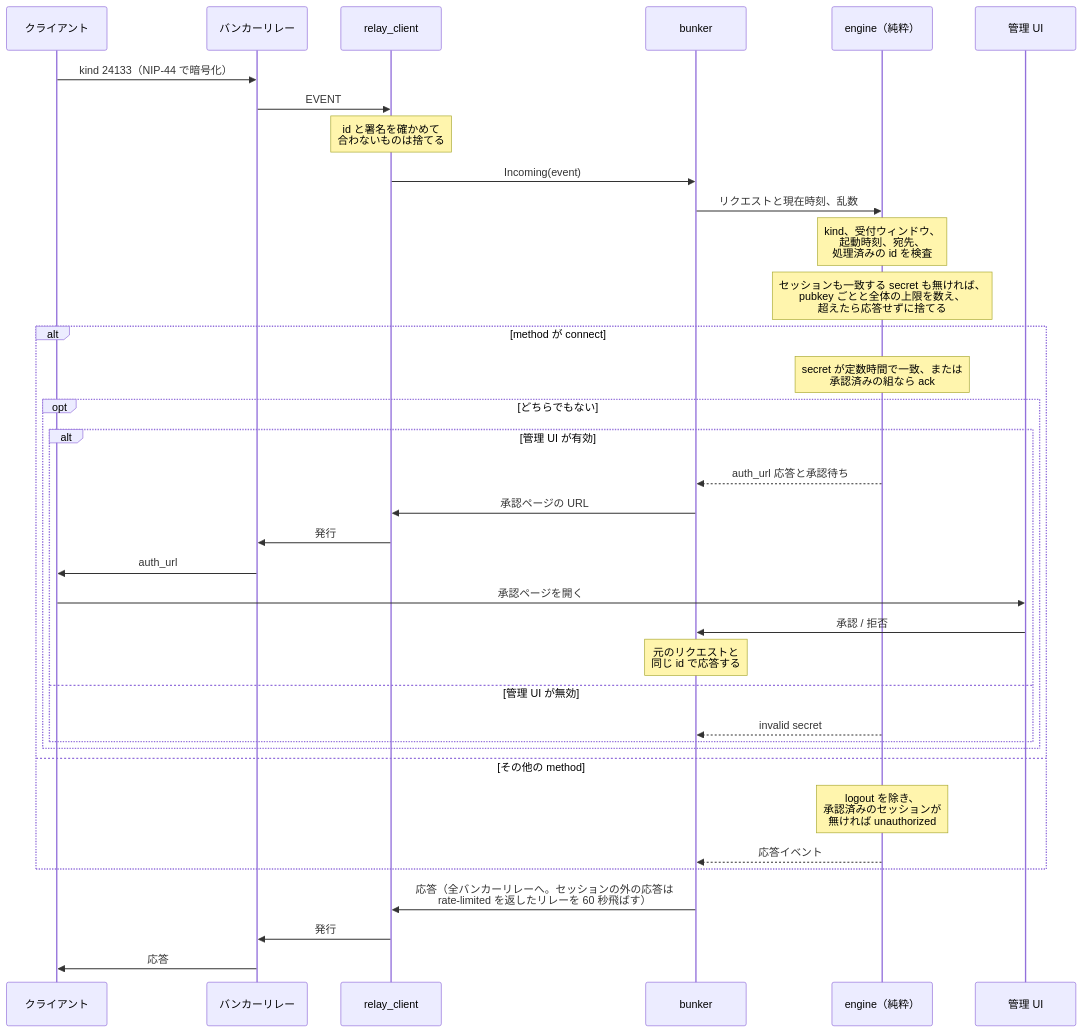
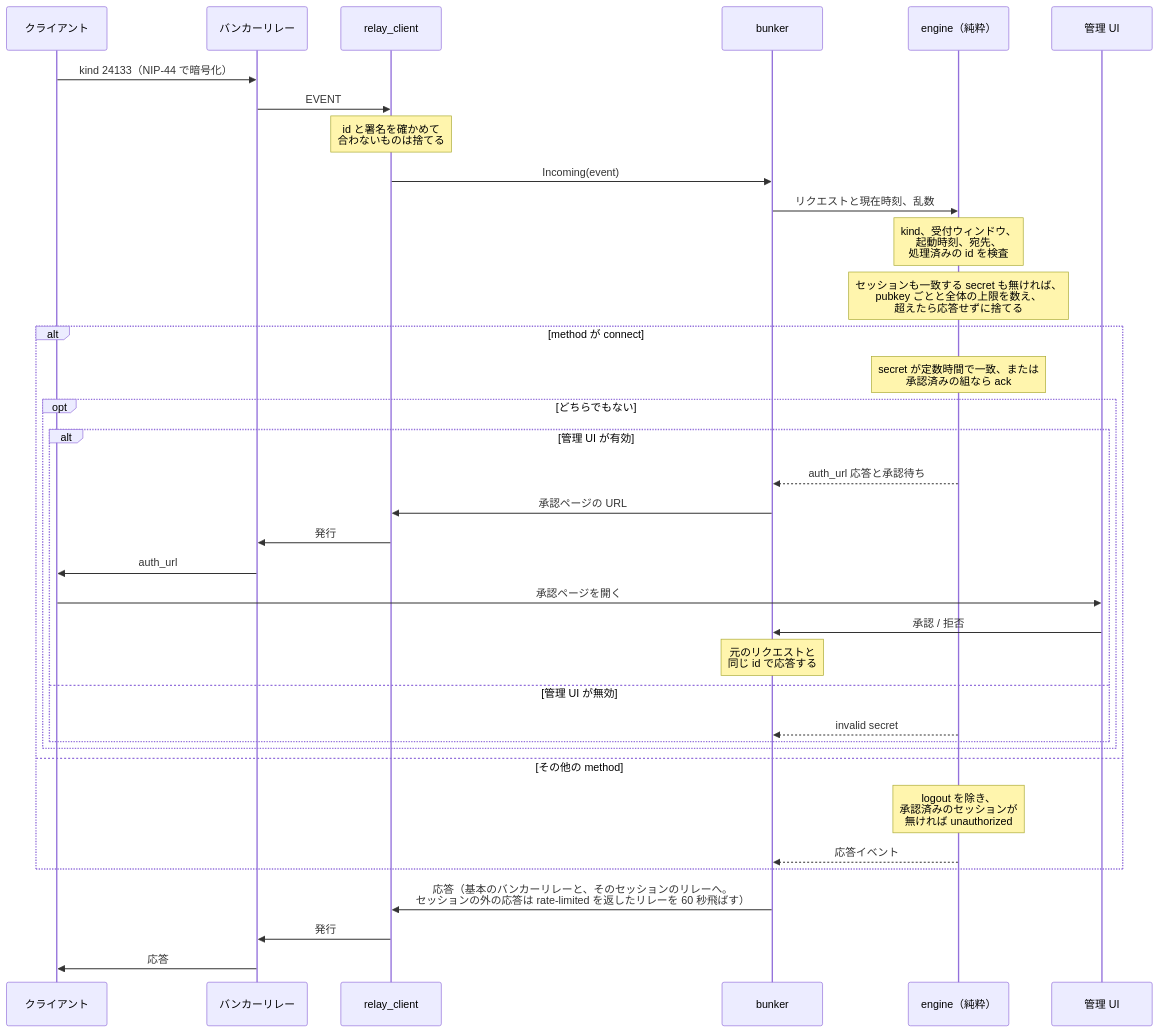
Before and after one commit to neverclear86/nostr-no-su: the fifth of 9 diagrams in docs/architecture.md, drawn with Mermaid. The commit also changed other lines of this file and 15 other files, not shown here.

````diff
--- a/docs/architecture.md
+++ b/docs/architecture.md
@@ -331,39 +334,39 @@
 ```mermaid
 sequenceDiagram
     participant client as クライアント
     participant relay as バンカーリレー
     participant rc as relay_client
     participant bk as bunker
     participant eng as engine（純粋）
     participant browser as 管理 UI
 
     client->>relay: kind 24133（NIP-44 で暗号化）
     relay->>rc: EVENT
     Note over rc: id と署名を確かめて<br/>合わないものは捨てる
     rc->>bk: Incoming(event)
     bk->>eng: リクエストと現在時刻、乱数
     Note over eng: kind、受付ウィンドウ、<br/>起動時刻、宛先、<br/>処理済みの id を検査
     Note over eng: セッションも一致する secret も無ければ、<br/>pubkey ごとと全体の上限を数え、<br/>超えたら応答せずに捨てる
     alt method が connect
         Note over eng: secret が定数時間で一致、または<br/>承認済みの組なら ack
         opt どちらでもない
             alt 管理 UI が有効
                 eng-->>bk: auth_url 応答と承認待ち
                 bk->>rc: 承認ページの URL
                 rc->>relay: 発行
                 relay->>client: auth_url
                 client->>browser: 承認ページを開く
                 browser->>bk: 承認 / 拒否
                 Note over bk: 元のリクエストと<br/>同じ id で応答する
             else 管理 UI が無効
                 eng-->>bk: invalid secret
             end
         end
     else その他の method
         Note over eng: logout を除き、<br/>承認済みのセッションが<br/>無ければ unauthorized
         eng-->>bk: 応答イベント
     end
-    bk->>rc: 応答（全バンカーリレーへ。セッションの外の応答は<br/>rate-limited を返したリレーを 60 秒飛ばす）
+    bk->>rc: 応答（基本のバンカーリレーと、そのセッションのリレーへ。<br/>セッションの外の応答は rate-limited を返したリレーを 60 秒飛ばす）
     rc->>relay: 発行
     relay->>client: 応答
 ```
````
